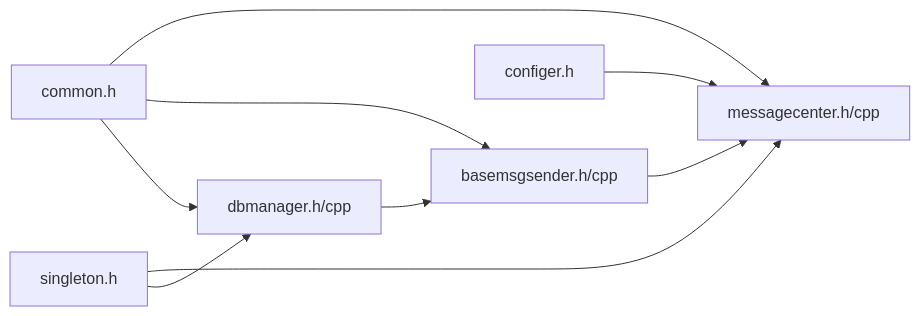
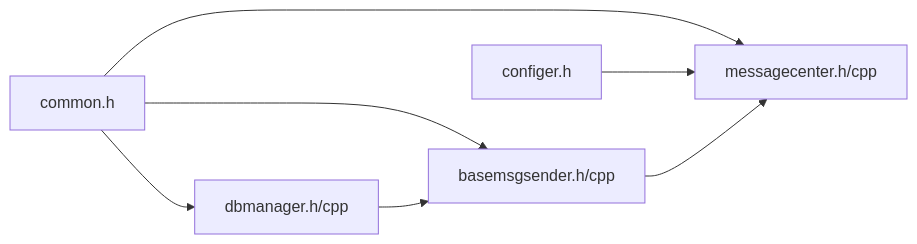
Before and after one commit to ihula/QmlPlugins: the eighth of 8 diagrams in .qoder/repowiki/zh/content/核心模块/消息中心模块.md, drawn with Mermaid. The commit also changed other lines of this file and 13 other files, not shown here.

````diff
--- a/.qoder/repowiki/zh/content/核心模块/消息中心模块.md
+++ b/.qoder/repowiki/zh/content/核心模块/消息中心模块.md
@@ -341,11 +342,9 @@
 ```mermaid
 graph LR
 CMN["common.h"] --> MC["messagecenter.h/cpp"]
 CMN --> BMS["basemsgsender.h/cpp"]
 CMN --> DM["dbmanager.h/cpp"]
 CFG["configer.h"] --> MC
-SGL["singleton.h"] --> MC
-SGL --> DM
 BMS --> MC
 DM --> BMS
 ```
````
